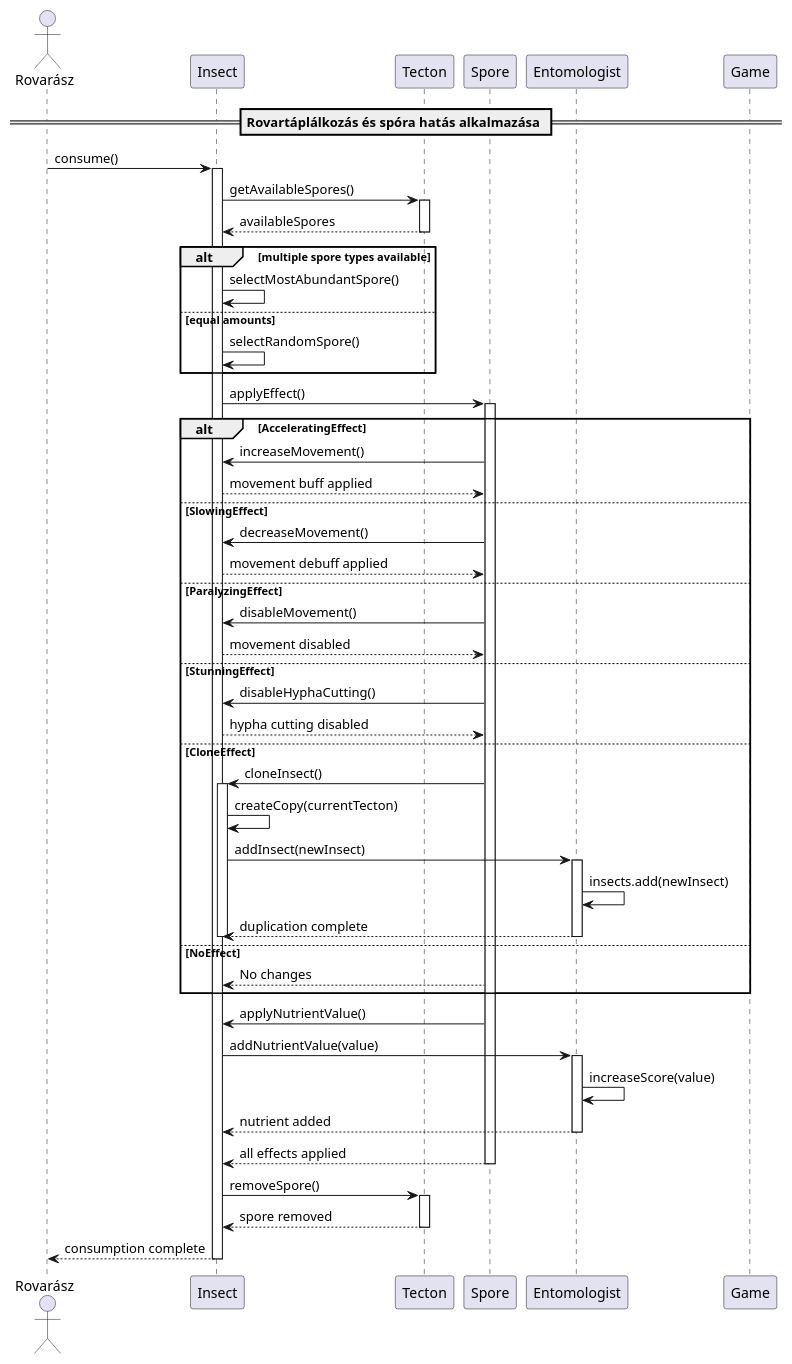
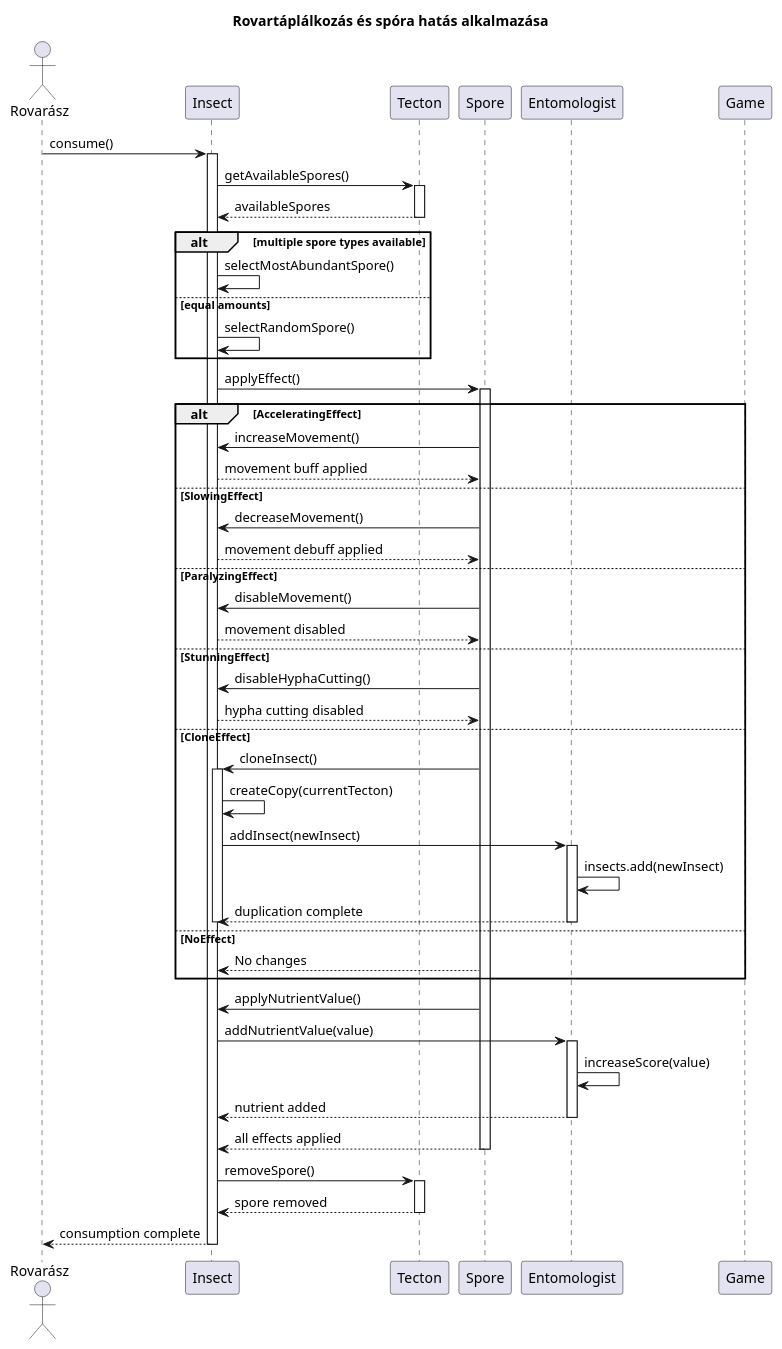
Before and after one commit to hujberhunor/SzomiSztegoProjlab: the diagram in docs/Sequence/Spora-effect.plantuml, drawn with PlantUML. The commit also changed 6 other files, not shown here.

```diff
--- a/docs/Sequence/Spora-effect.plantuml
+++ b/docs/Sequence/Spora-effect.plantuml
@@ -1,73 +1,73 @@
 @startuml
 
-== Rovartáplálkozás és spóra hatás alkalmazása ==
+title:Rovartáplálkozás és spóra hatás alkalmazása
 actor Rovarász
 participant Insect
 participant Tecton
 participant Spore
 participant Entomologist
 participant Game
 
 Rovarász -> Insect: consume()
 activate Insect
 
 Insect -> Tecton: getAvailableSpores()
 activate Tecton
 Tecton --> Insect: availableSpores
 deactivate Tecton
 
 alt multiple spore types available
     Insect -> Insect: selectMostAbundantSpore()
 else equal amounts
     Insect -> Insect: selectRandomSpore()
 end
 
 Insect -> Spore: applyEffect()
 activate Spore
 
 alt AcceleratingEffect
     Spore -> Insect: increaseMovement()
     Insect --> Spore: movement buff applied
 else SlowingEffect
     Spore -> Insect: decreaseMovement()
     Insect --> Spore: movement debuff applied
 else ParalyzingEffect
     Spore -> Insect: disableMovement()
     Insect --> Spore: movement disabled
 else StunningEffect
     Spore -> Insect: disableHyphaCutting()
     Insect --> Spore: hypha cutting disabled
 else CloneEffect
     Spore -> Insect: cloneInsect()
     activate Insect
     Insect -> Insect: createCopy(currentTecton)
     Insect -> Entomologist: addInsect(newInsect)
     activate Entomologist
     Entomologist -> Entomologist: insects.add(newInsect)
     Entomologist --> Insect: duplication complete
     deactivate Entomologist
     deactivate Insect
 else NoEffect
     Spore --> Insect: No changes
 end
 
 Spore -> Insect: applyNutrientValue()
 Insect -> Entomologist: addNutrientValue(value)
 activate Entomologist
 Entomologist -> Entomologist: increaseScore(value)
 Entomologist --> Insect: nutrient added
 deactivate Entomologist
 
 Spore --> Insect: all effects applied
 deactivate Spore
 
 Insect -> Tecton: removeSpore()
 activate Tecton
 Tecton --> Insect: spore removed
 deactivate Tecton
 
 Insect --> Rovarász: consumption complete
 
 deactivate Insect
 
 @enduml
```
